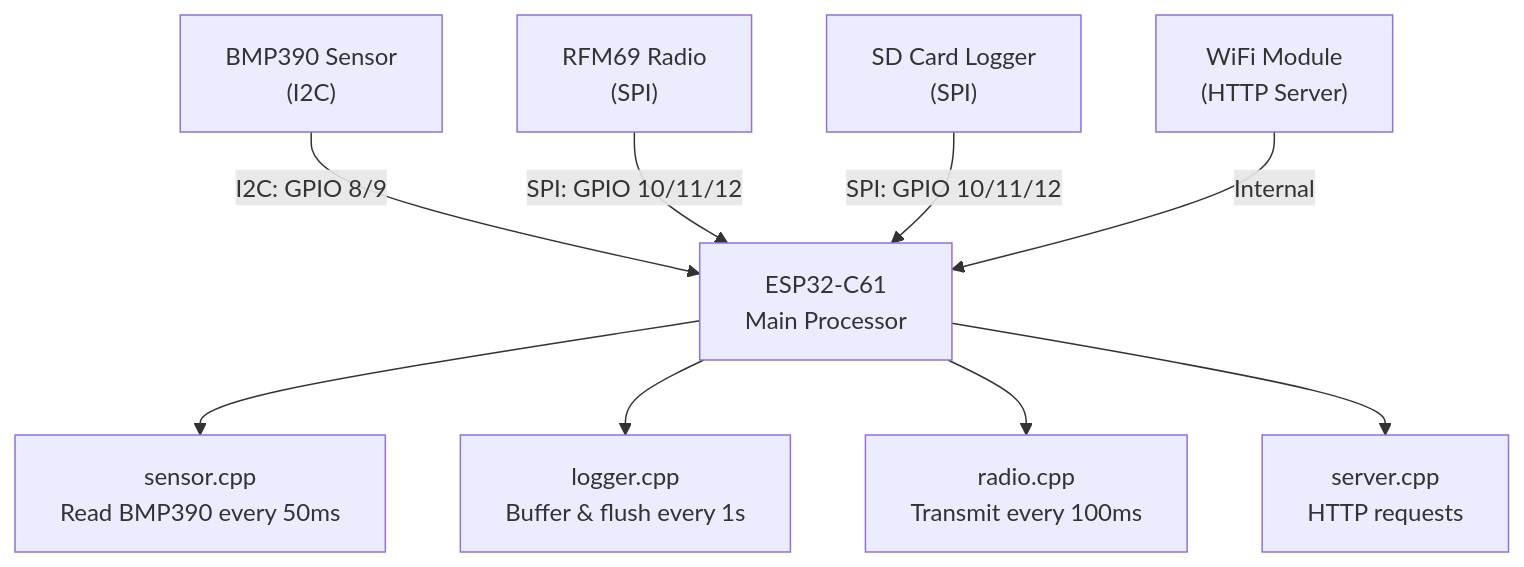
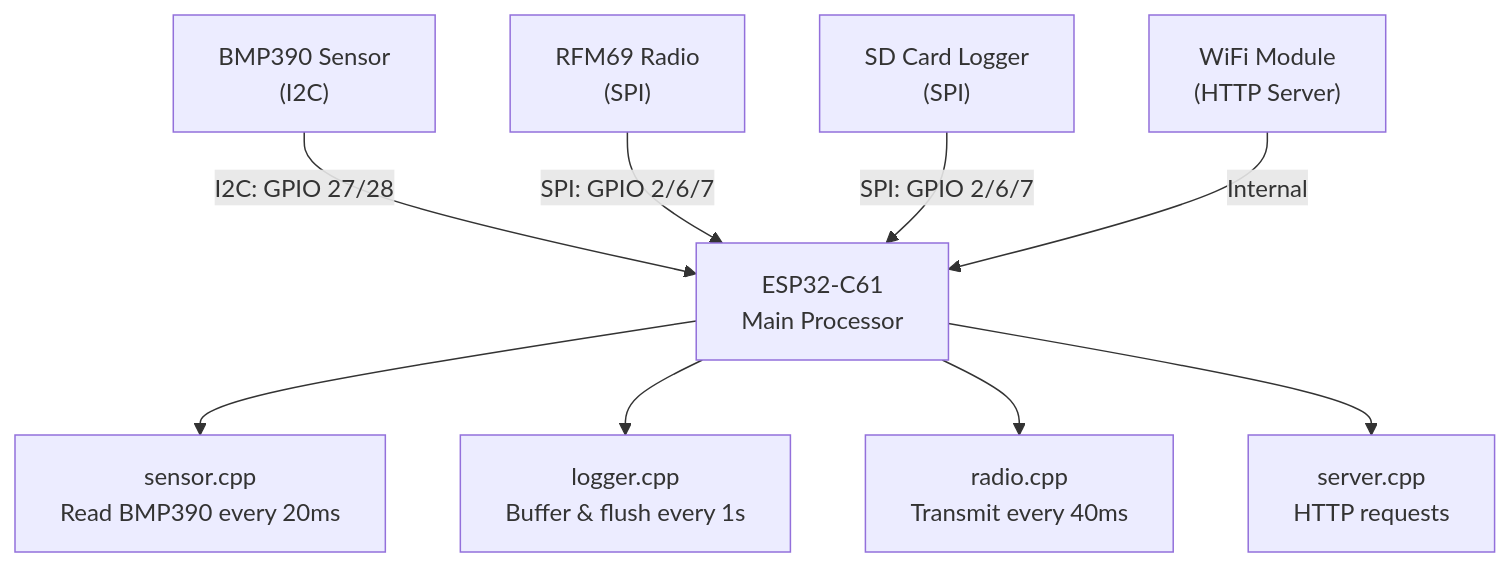
One commit to MichaelADiazM/George-L2-and-L3-Electronics-Hell changed the first of 2 diagrams in README.md. Above: the diagram before and after it, drawn with Mermaid. The commit also changed other lines of this file and 6 other files, not shown here.

````diff
--- a/README.md
+++ b/README.md
@@ -293,19 +274,19 @@
 ```mermaid
 graph TD
     BMP390["BMP390 Sensor<br/>(I2C)"]
     RFM69["RFM69 Radio<br/>(SPI)"]
     SDCARD["SD Card Logger<br/>(SPI)"]
     WiFi["WiFi Module<br/>(HTTP Server)"]
     
     ESP32["ESP32-C61<br/>Main Processor"]
     
-    BMP390 -->|I2C: GPIO 8/9| ESP32
-    RFM69 -->|SPI: GPIO 10/11/12| ESP32
-    SDCARD -->|SPI: GPIO 10/11/12| ESP32
+    BMP390 -->|I2C: GPIO 27/28| ESP32
+    RFM69 -->|SPI: GPIO 2/6/7| ESP32
+    SDCARD -->|SPI: GPIO 2/6/7| ESP32
     WiFi -->|Internal| ESP32
     
-    ESP32 --> SENSOR["sensor.cpp<br/>Read BMP390 every 50ms"]
+    ESP32 --> SENSOR["sensor.cpp<br/>Read BMP390 every 20ms"]
     ESP32 --> LOGGER["logger.cpp<br/>Buffer & flush every 1s"]
-    ESP32 --> RADIO["radio.cpp<br/>Transmit every 100ms"]
+    ESP32 --> RADIO["radio.cpp<br/>Transmit every 40ms"]
     ESP32 --> SERVER["server.cpp<br/>HTTP requests"]
 ```
````
